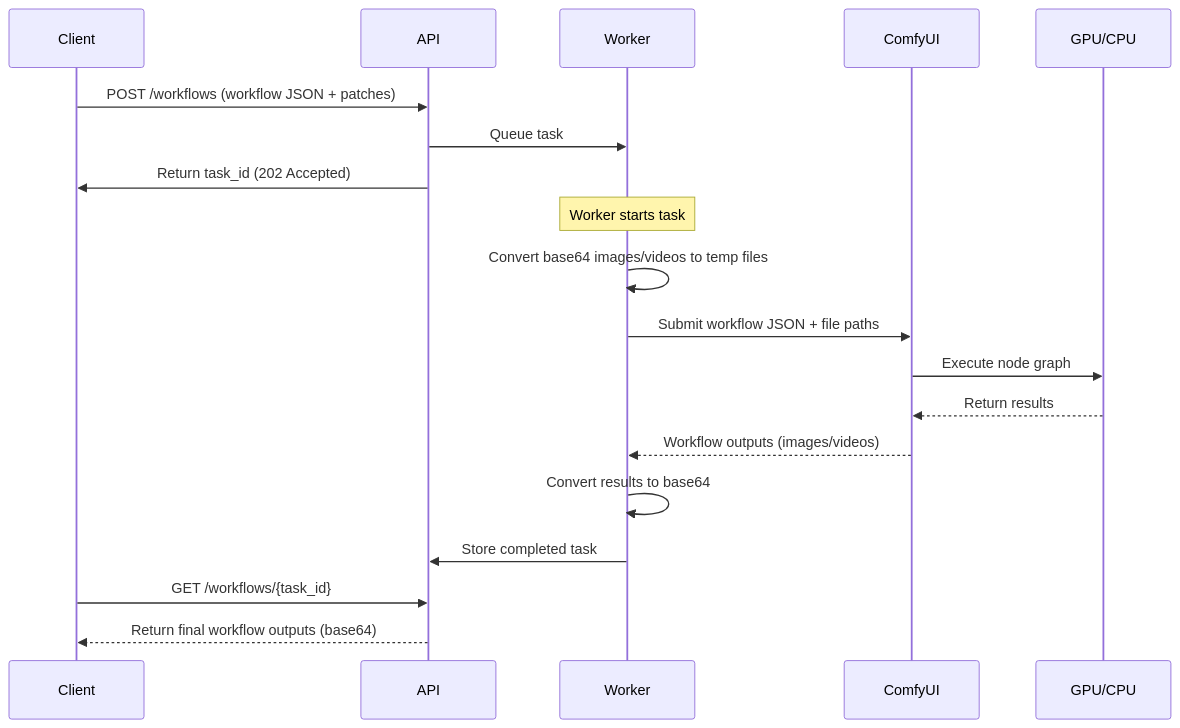
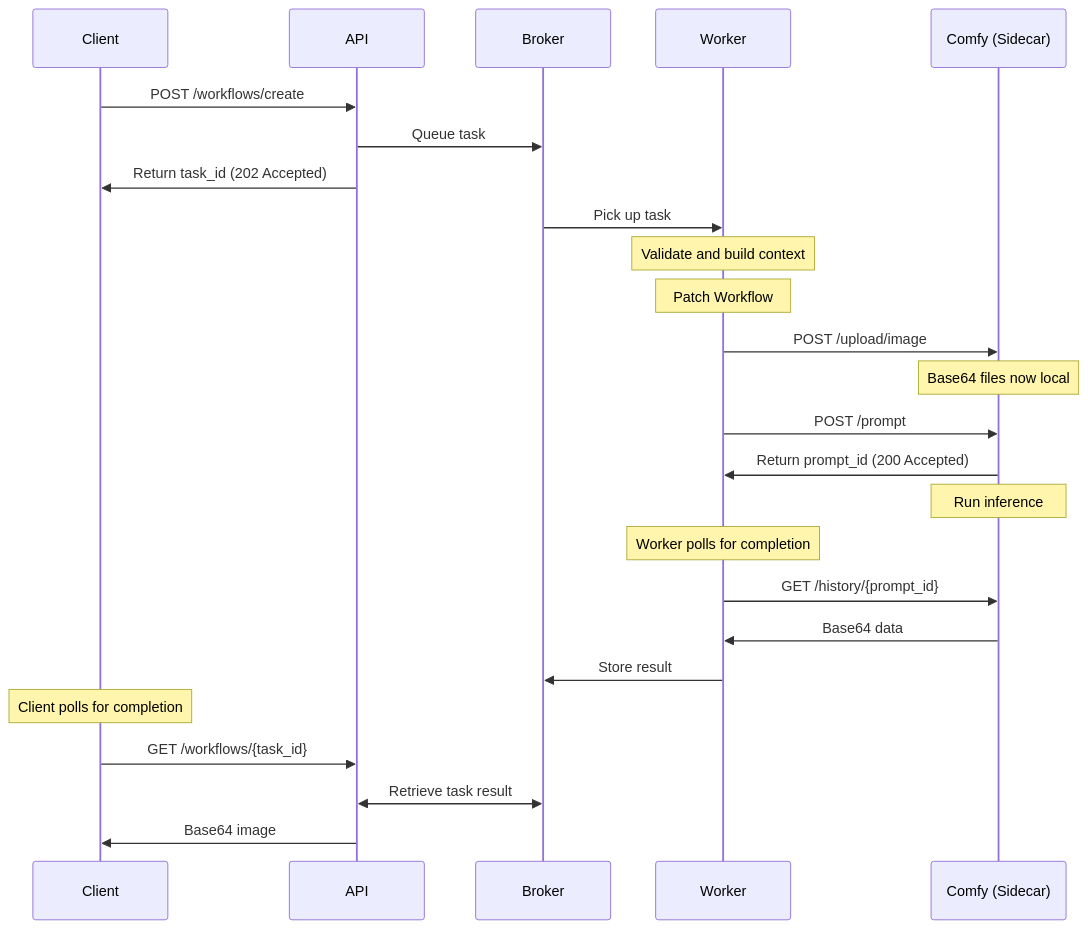
Before and after one commit to JoeGaffney/deferred-diffusion: the second of 2 diagrams in README.md, drawn with Mermaid. The commit also changed other lines of this file and 5 other files, not shown here.

Commit message:
fix: including more info in the docs and adding more info in the readme about the comfy sidecar

````diff
--- a/README.md
+++ b/README.md
@@ -55,24 +63,29 @@
 ```mermaid
 sequenceDiagram
     participant Client
     participant API
+    participant Broker
     participant Worker
-    participant ComfyUI
-    participant Compute as GPU/CPU
+    participant Sidecar as Comfy (Sidecar)
 
-    Client->>API: POST /workflows (workflow JSON + patches)
-    API->>Worker: Queue task
+    Client->>API: POST /workflows/create
+    API->>Broker: Queue task
     API->>Client: Return task_id (202 Accepted)
+    Broker->>Worker: Pick up task
+    Note over Worker: Validate and build context
+    Note over Worker: Patch Workflow
+    Worker->>Sidecar: POST /upload/image
+    Note over Sidecar: Base64 files now local
+    Worker->>Sidecar: POST /prompt
+    Sidecar->>Worker: Return prompt_id (200 Accepted)
+    Note over Sidecar: Run inference
+    Note over Worker: Worker polls for completion
+    Worker->>Sidecar: GET /history/{prompt_id}
+    Sidecar->>Worker: Base64 data
+    Worker->>Broker: Store result
 
-    Note over Worker: Worker starts task
-    Worker->>Worker: Convert base64 images/videos to temp files
-    Worker->>ComfyUI: Submit workflow JSON + file paths
-    ComfyUI->>Compute: Execute node graph
-    Compute-->>ComfyUI: Return results
-    ComfyUI-->>Worker: Workflow outputs (images/videos)
-
-    Worker->>Worker: Convert results to base64
-    Worker->>API: Store completed task
+    Note over Client: Client polls for completion
     Client->>API: GET /workflows/{task_id}
-    API-->>Client: Return final workflow outputs (base64)
+    API<<->>Broker: Retrieve task result
+    API->>Client: Base64 image
 ```
````
